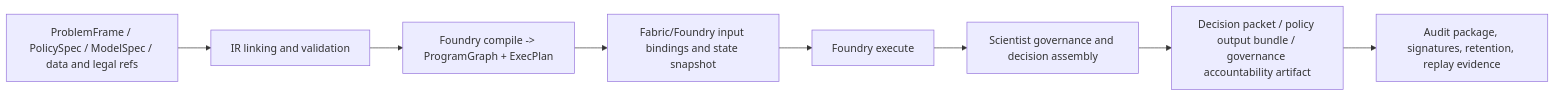
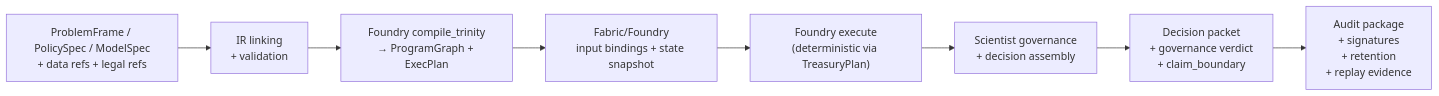
One commit to DenisKopylov/polisyos changed the fourth of 20 diagrams in policy-engine/docs/explanation/architecture.md. Above: the diagram before and after it, drawn with Mermaid. The commit also changed other lines of this file and 1 other file, not shown here.

Commit message:
docs: expand architecture map and gateway fallback

````diff
--- a/policy-engine/docs/explanation/architecture.md
+++ b/policy-engine/docs/explanation/architecture.md
@@ -57,10 +533,21 @@
 ```mermaid
 flowchart LR
-    Input["ProblemFrame / PolicySpec / ModelSpec / data and legal refs"] --> Link["IR linking and validation"]
-    Link --> Compile["Foundry compile -> ProgramGraph + ExecPlan"]
-    Compile --> Bind["Fabric/Foundry input bindings and state snapshot"]
-    Bind --> Execute["Foundry execute"]
-    Execute --> Govern["Scientist governance and decision assembly"]
-    Govern --> Publish["Decision packet / policy output bundle / governance accountability artifact"]
-    Publish --> Audit["Audit package, signatures, retention, replay evidence"]
+    Input["ProblemFrame / PolicySpec / ModelSpec
++ data refs + legal refs"] --> Link["IR linking
++ validation"]
+    Link --> Compile["Foundry compile_trinity
+→ ProgramGraph + ExecPlan"]
+    Compile --> Bind["Fabric/Foundry
+input bindings + state snapshot"]
+    Bind --> Execute["Foundry execute
+(deterministic via TreasuryPlan)"]
+    Execute --> Govern["Scientist governance
++ decision assembly"]
+    Govern --> Publish["Decision packet
++ governance verdict
++ claim_boundary"]
+    Publish --> Audit["Audit package
++ signatures
++ retention
++ replay evidence"]
 ```
````
